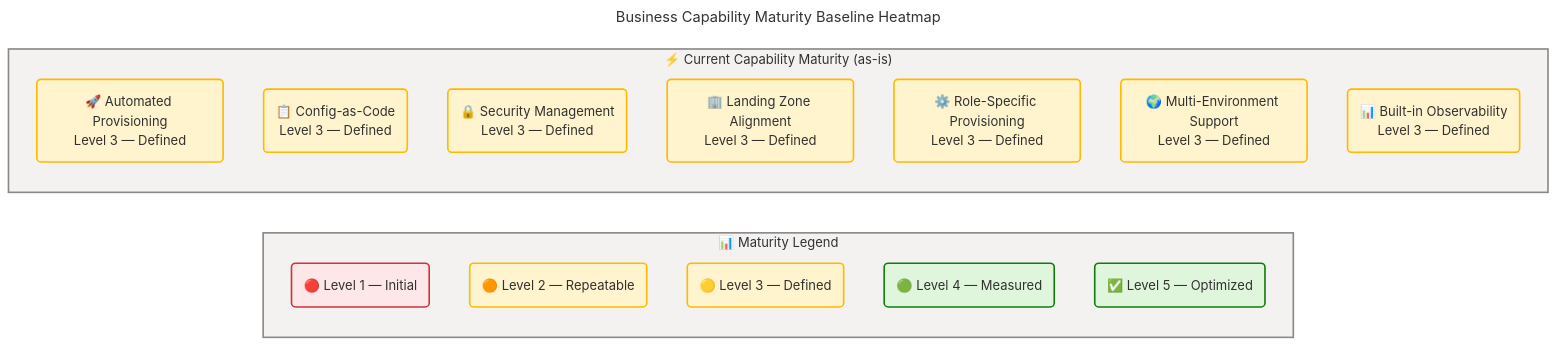
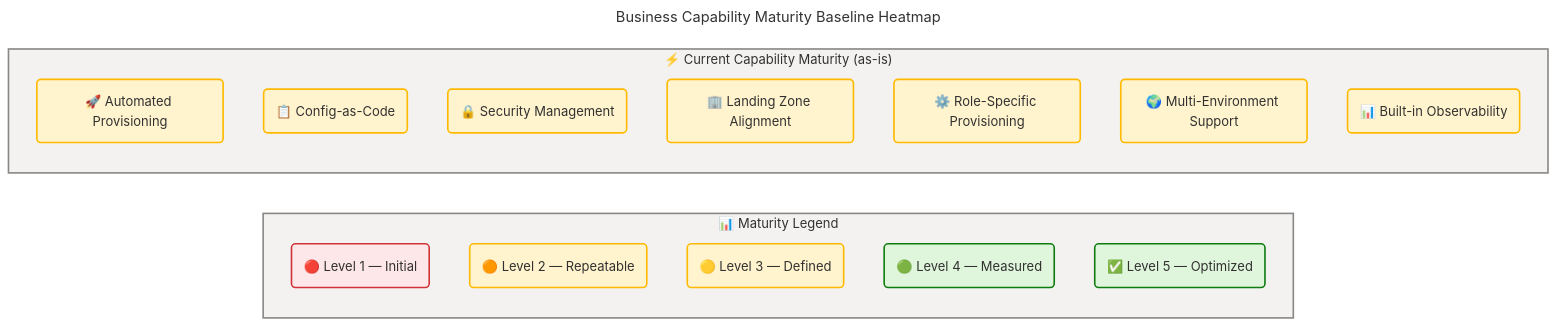
One commit to Evilazaro/DevExp-DevBox changed the third of 7 diagrams in docs/architecture/business-architecture.md. Above: the diagram before and after it, drawn with Mermaid. The commit also changed other lines of this file, not shown here.

Commit message:
fix: improve business architecture documentation formatting for clarity and consistency

````diff
--- a/docs/architecture/business-architecture.md
+++ b/docs/architecture/business-architecture.md
@@ -503,56 +512,56 @@
 ```mermaid
 ---
 title: "Business Capability Maturity Baseline Heatmap"
 config:
   theme: base
   look: classic
   layout: dagre
   themeVariables:
     fontSize: '16px'
   flowchart:
     htmlLabels: true
 ---
 flowchart LR
     accTitle: Business Capability Maturity Baseline Heatmap
     accDescr: Heatmap showing current maturity level for each of the seven business capabilities. All capabilities are at Level 3 Defined maturity, shown in warning yellow color.
 
     %% ═══════════════════════════════════════════════════════════════════════════
     %% AZURE / FLUENT ARCHITECTURE PATTERN v1.1
     %% (Semantic + Structural + Font + Accessibility Governance)
     %% ═══════════════════════════════════════════════════════════════════════════
     %% PHASE 1 - FLUENT UI: All styling uses approved Fluent UI palette only
     %% PHASE 2 - GROUPS: Every subgraph has semantic color via style directive
     %% PHASE 3 - COMPONENTS: Every node has semantic classDef + icon prefix
     %% PHASE 4 - ACCESSIBILITY: accTitle/accDescr present, WCAG AA contrast
     %% PHASE 5 - STANDARD: Governance block present, classDefs centralized
     %% ═══════════════════════════════════════════════════════════════════════════
 
     subgraph legend["📊 Maturity Legend"]
         L1("🔴 Level 1 — Initial"):::danger
         L2("🟠 Level 2 — Repeatable"):::warning
         L3("🟡 Level 3 — Defined"):::warning
         L4("🟢 Level 4 — Measured"):::success
         L5("✅ Level 5 — Optimized"):::success
     end
 
     subgraph capabilities["⚡ Current Capability Maturity (as-is)"]
-        CAP_AP("🚀 Automated Provisioning<br>Level 3 — Defined"):::warning
-        CAP_CAC("📋 Config-as-Code<br>Level 3 — Defined"):::warning
-        CAP_SM("🔒 Security Management<br>Level 3 — Defined"):::warning
-        CAP_LZA("🏢 Landing Zone Alignment<br>Level 3 — Defined"):::warning
-        CAP_RSWP("⚙️ Role-Specific Provisioning<br>Level 3 — Defined"):::warning
-        CAP_MES("🌍 Multi-Environment Support<br>Level 3 — Defined"):::warning
-        CAP_BO("📊 Built-in Observability<br>Level 3 — Defined"):::warning
+        CAP_AP("🚀 Automated Provisioning"):::warning
+        CAP_CAC("📋 Config-as-Code"):::warning
+        CAP_SM("🔒 Security Management"):::warning
+        CAP_LZA("🏢 Landing Zone Alignment"):::warning
+        CAP_RSWP("⚙️ Role-Specific Provisioning"):::warning
+        CAP_MES("🌍 Multi-Environment Support"):::warning
+        CAP_BO("📊 Built-in Observability"):::warning
     end
 
     style legend fill:#F3F2F1,stroke:#8A8886,stroke-width:2px,color:#323130
     style capabilities fill:#F3F2F1,stroke:#8A8886,stroke-width:2px,color:#323130
 
     classDef neutral fill:#FAFAFA,stroke:#8A8886,stroke-width:2px,color:#323130
     classDef core fill:#EFF6FC,stroke:#0078D4,stroke-width:2px,color:#323130
     classDef success fill:#DFF6DD,stroke:#107C10,stroke-width:2px,color:#323130
     classDef warning fill:#FFF4CE,stroke:#FFB900,stroke-width:2px,color:#323130
     classDef danger fill:#FDE7E9,stroke:#D13438,stroke-width:2px,color:#323130
     classDef data fill:#F0E6FA,stroke:#8764B8,stroke-width:2px,color:#323130
     classDef external fill:#E0F7F7,stroke:#038387,stroke-width:2px,color:#323130
 ```
````
